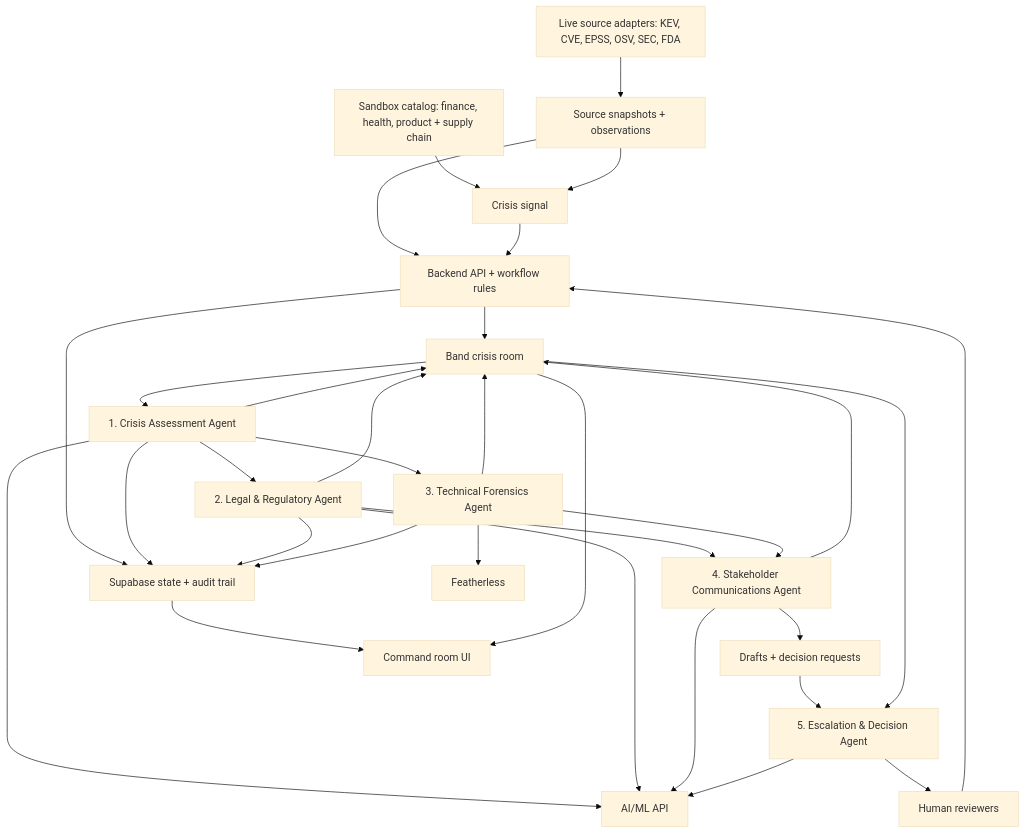
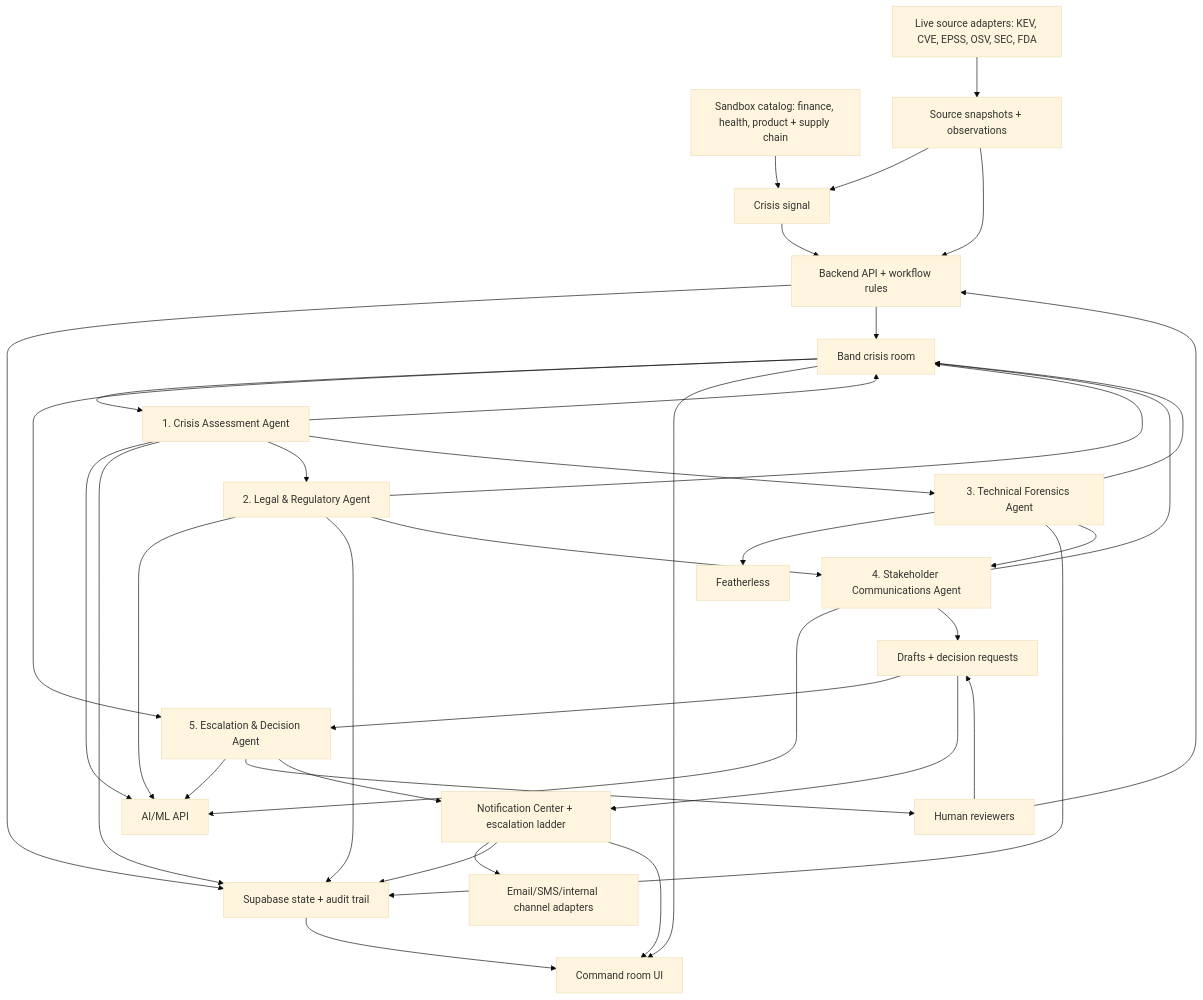
Before and after one commit to Dr-mkelvo/crisiscoord: the diagram in docs/product/master-implementation-guide.md, drawn with Mermaid (base theme). The commit also changed other lines of this file and 31 other files, not shown here.

````diff
--- a/docs/product/master-implementation-guide.md
+++ b/docs/product/master-implementation-guide.md
@@ -55,52 +57,60 @@
 ```mermaid
 flowchart TD
   CrisisSignal["Crisis signal"]
   SandboxCatalog["Sandbox catalog: finance, health, product + supply chain"]
   LiveSourceAdapters["Live source adapters: KEV, CVE, EPSS, OSV, SEC, FDA"]
   SourceSnapshots["Source snapshots + observations"]
   BackendRules["Backend API + workflow rules"]
   SupabaseAudit["Supabase state + audit trail"]
   BandRoom["Band crisis room"]
   AssessmentAgent["1. Crisis Assessment Agent"]
   LegalAgent["2. Legal & Regulatory Agent"]
   TechnicalAgent["3. Technical Forensics Agent"]
   CommunicationsAgent["4. Stakeholder Communications Agent"]
   EscalationAgent["5. Escalation & Decision Agent"]
   AIMLAPI["AI/ML API"]
   Featherless["Featherless"]
   HumanReview["Human reviewers"]
+  NotificationCenter["Notification Center + escalation ladder"]
+  DeliveryAdapters["Email/SMS/internal channel adapters"]
   DraftsDecisions["Drafts + decision requests"]
   UICommandRoom["Command room UI"]
 
   SandboxCatalog --> CrisisSignal
   LiveSourceAdapters --> SourceSnapshots
   SourceSnapshots --> CrisisSignal
   SourceSnapshots --> BackendRules
   CrisisSignal --> BackendRules
   BackendRules --> SupabaseAudit
   BackendRules --> BandRoom
   BandRoom --> AssessmentAgent
   AssessmentAgent --> AIMLAPI
   AssessmentAgent --> BandRoom
   AssessmentAgent --> SupabaseAudit
   AssessmentAgent --> LegalAgent
   AssessmentAgent --> TechnicalAgent
   LegalAgent --> AIMLAPI
   TechnicalAgent --> Featherless
   LegalAgent --> BandRoom
   TechnicalAgent --> BandRoom
   LegalAgent --> SupabaseAudit
   TechnicalAgent --> SupabaseAudit
   LegalAgent --> CommunicationsAgent
   TechnicalAgent --> CommunicationsAgent
   CommunicationsAgent --> AIMLAPI
   CommunicationsAgent --> DraftsDecisions
   CommunicationsAgent --> BandRoom
   DraftsDecisions --> EscalationAgent
   BandRoom --> EscalationAgent
   EscalationAgent --> AIMLAPI
   EscalationAgent --> HumanReview
+  EscalationAgent --> NotificationCenter
+  NotificationCenter --> DeliveryAdapters
+  NotificationCenter --> SupabaseAudit
   HumanReview --> BackendRules
+  HumanReview --> DraftsDecisions
+  DraftsDecisions --> NotificationCenter
   SupabaseAudit --> UICommandRoom
+  NotificationCenter --> UICommandRoom
   BandRoom --> UICommandRoom
 ```
````
